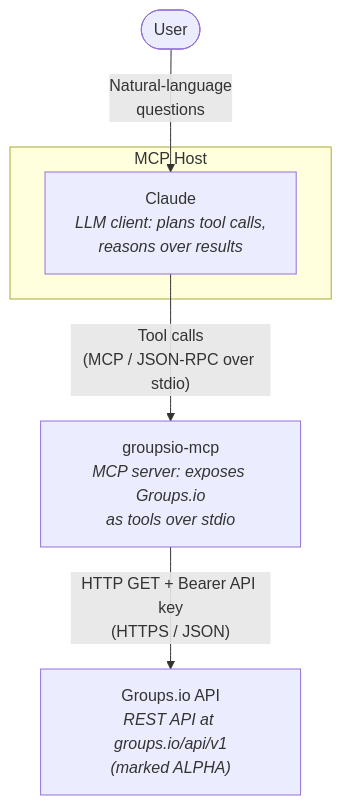
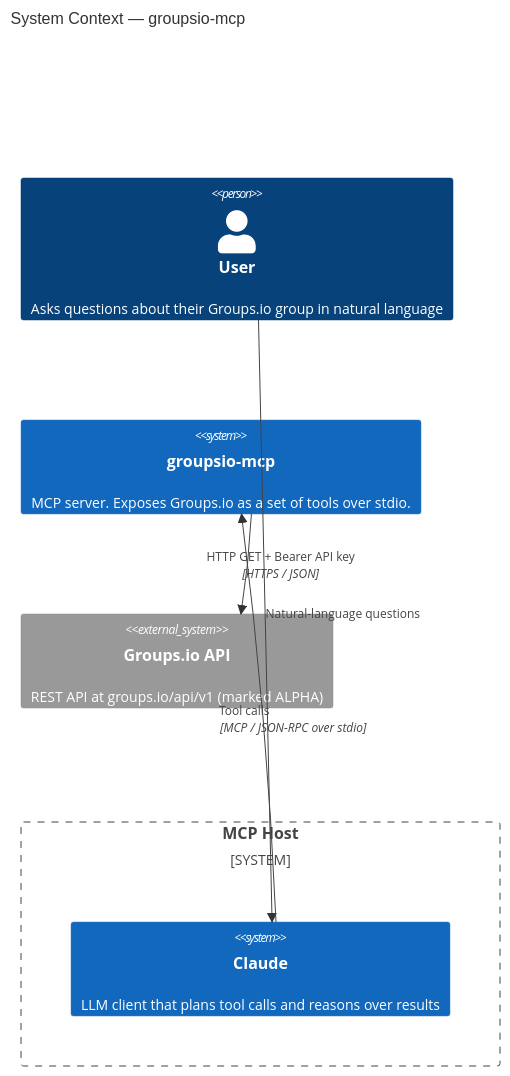
The first of 3 diagrams in docs/architecture/overview.md (clhynfield/groupsio-mcp), drawn with Mermaid before and after one commit.

Commit message:
Convert context diagram to C4 Model style

````diff
--- a/docs/architecture/overview.md
+++ b/docs/architecture/overview.md
@@ -19,16 +19,22 @@
 ```mermaid
-flowchart TB
-    user(["User"])
+C4Context
+    title System Context — groupsio-mcp
 
-    subgraph host["MCP Host"]
-        claude["Claude<br/><i>LLM client: plans tool calls,<br/>reasons over results</i>"]
-    end
+    Person(user, "User", "Asks questions about their Groups.io group in natural language")
 
-    connector["groupsio-mcp<br/><i>MCP server: exposes Groups.io<br/>as tools over stdio</i>"]
+    System_Boundary(host, "MCP Host") {
+        System(claude, "Claude", "LLM client that plans tool calls and reasons over results")
+    }
 
-    groupsio["Groups.io API<br/><i>REST API at groups.io/api/v1<br/>(marked ALPHA)</i>"]
+    System(connector, "groupsio-mcp", "MCP server. Exposes Groups.io as a set of tools over stdio.")
 
-    user -- "Natural-language<br/>questions" --> claude
-    claude -- "Tool calls<br/>(MCP / JSON-RPC over stdio)" --> connector
-    connector -- "HTTP GET + Bearer API key<br/>(HTTPS / JSON)" --> groupsio
+    System_Ext(groupsio, "Groups.io API", "REST API at groups.io/api/v1 (marked ALPHA)")
+
+    Rel(user, claude, "Natural-language questions")
+    Rel(claude, connector, "Tool calls", "MCP / JSON-RPC over stdio")
+    Rel(connector, groupsio, "HTTP GET + Bearer API key", "HTTPS / JSON")
+
+    UpdateRelStyle(user, claude, $offsetY="-10")
+    UpdateRelStyle(claude, connector, $offsetX="-40", $offsetY="-10")
+    UpdateRelStyle(connector, groupsio, $offsetX="-40", $offsetY="-10")
 ```
````
